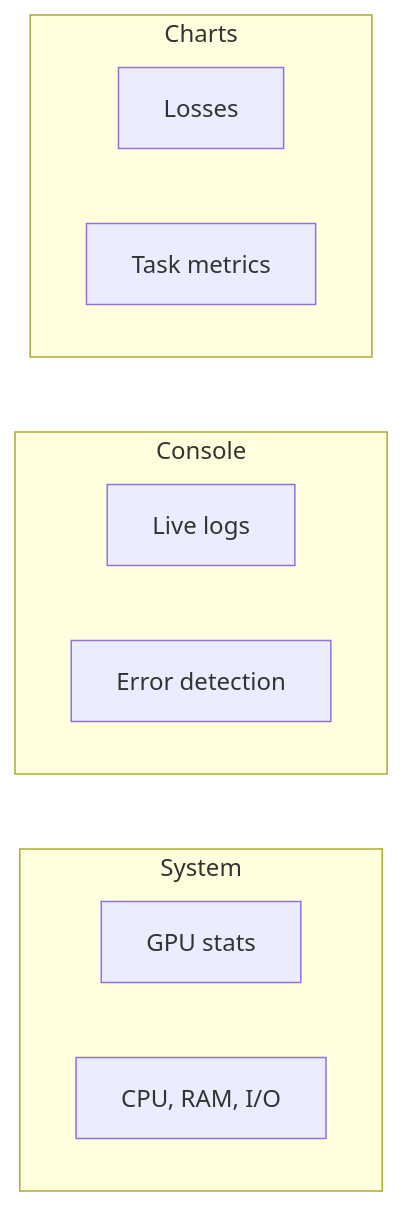
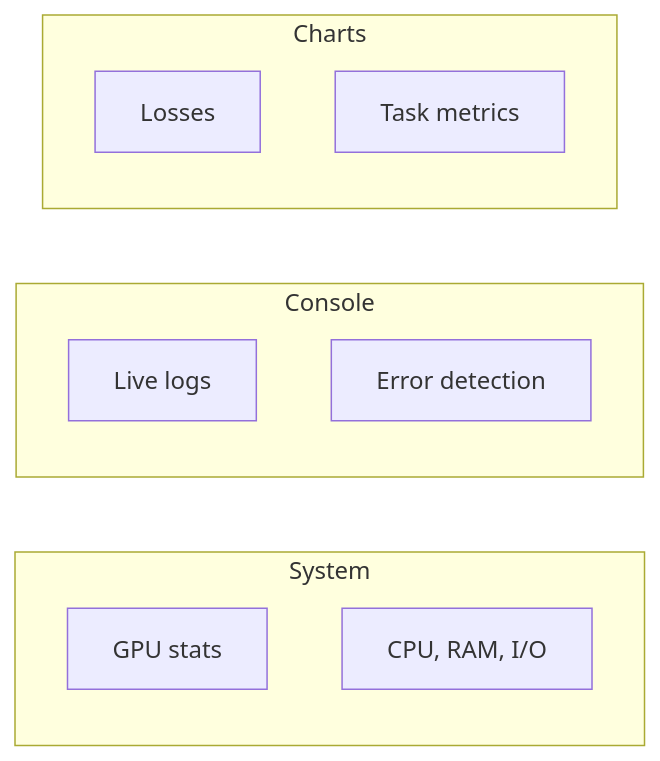
The second of 2 diagrams in docs/en/platform/train/index.md (ultralytics/ultralytics), drawn with Mermaid before and after one commit. The commit also changed 10 other files, not shown here.

First line of the commit message:
Fix Mermaid review findings and re-tune diagrams for the dagre layout

````diff
--- a/docs/en/platform/train/index.md
+++ b/docs/en/platform/train/index.md
@@ -88,17 +88,20 @@
 ```mermaid
 flowchart TD
     subgraph charts["Charts"]
+        direction TB
         A[Losses]
         B[Task metrics]
     end
     subgraph console["Console"]
+        direction TB
         C[Live logs]
         D[Error detection]
     end
     subgraph system["System"]
+        direction TB
         E[GPU stats]
         F["CPU, RAM, I/O"]
     end
     charts ~~~ console
     console ~~~ system
 ```
````
